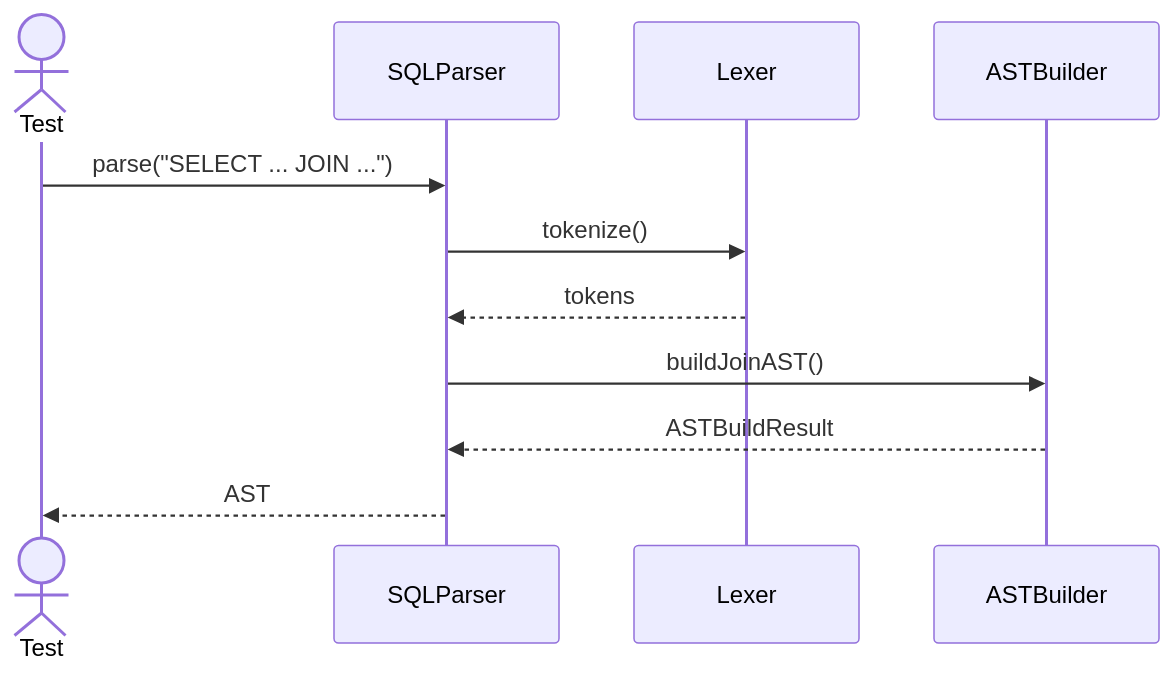
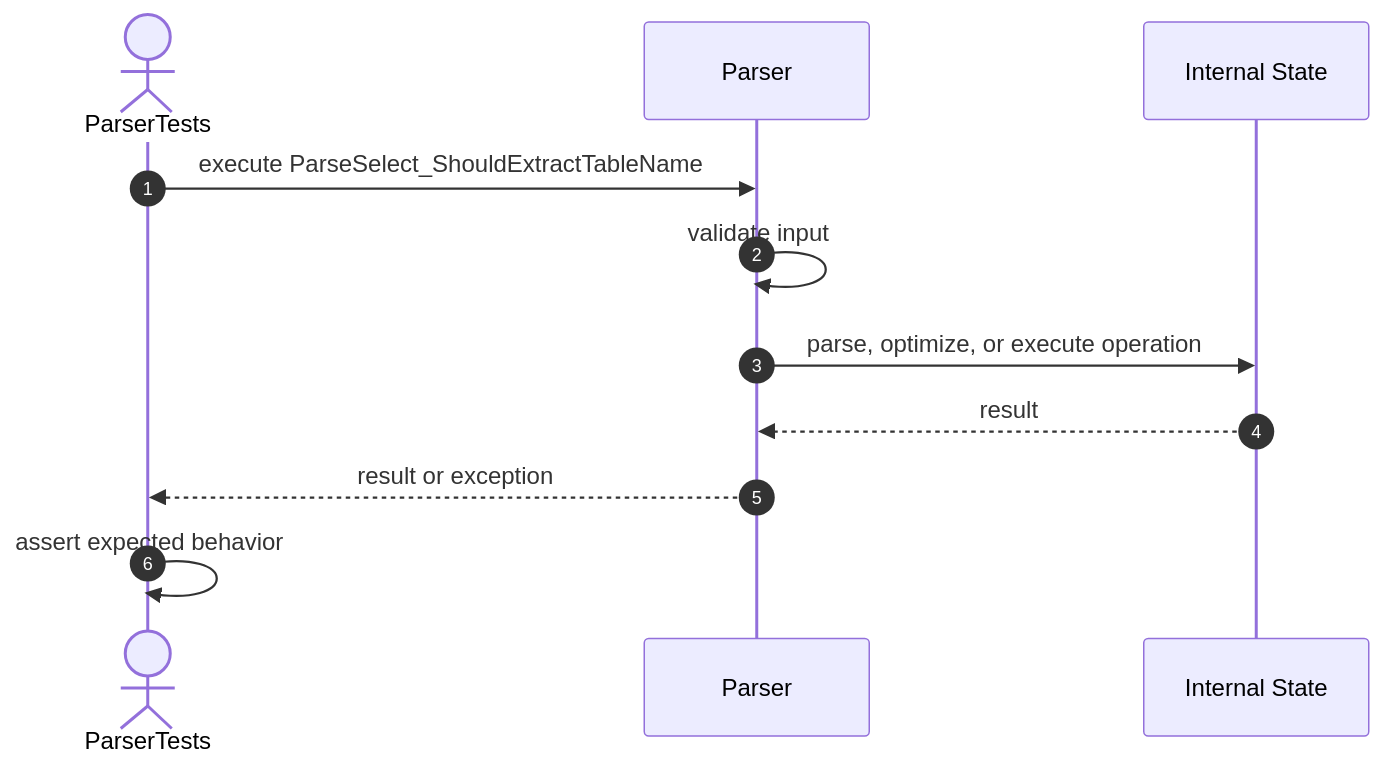
The fourth of 22 diagrams in src/tests/unit/query/sequences/sql-parser-testing.se.md (FhuAnn/-bbv-AN-s-DBMS), drawn with Mermaid before and after one commit. The commit also changed other lines of this file and 36 other files, not shown here.

````diff
--- a/src/tests/unit/query/sequences/sql-parser-testing.se.md
+++ b/src/tests/unit/query/sequences/sql-parser-testing.se.md
@@ -45,14 +56,14 @@
 ```mermaid
 sequenceDiagram
-actor Test
-participant SQLParser
-participant Lexer
-participant ASTBuilder
+    autonumber
+    actor Test as ParserTests
+    participant Target as Parser
+    participant Internal as Internal State
 
-Test->>SQLParser: parse("SELECT ... JOIN ...")
-SQLParser->>Lexer: tokenize()
-Lexer-->>SQLParser: tokens
-SQLParser->>ASTBuilder: buildJoinAST()
-ASTBuilder-->>SQLParser: ASTBuildResult
-SQLParser-->>Test: AST
+    Test->>Target: execute ParseSelect_ShouldExtractTableName
+    Target->>Target: validate input
+    Target->>Internal: parse, optimize, or execute operation
+    Internal-->>Target: result
+    Target-->>Test: result or exception
+    Test->>Test: assert expected behavior
 ```
````
